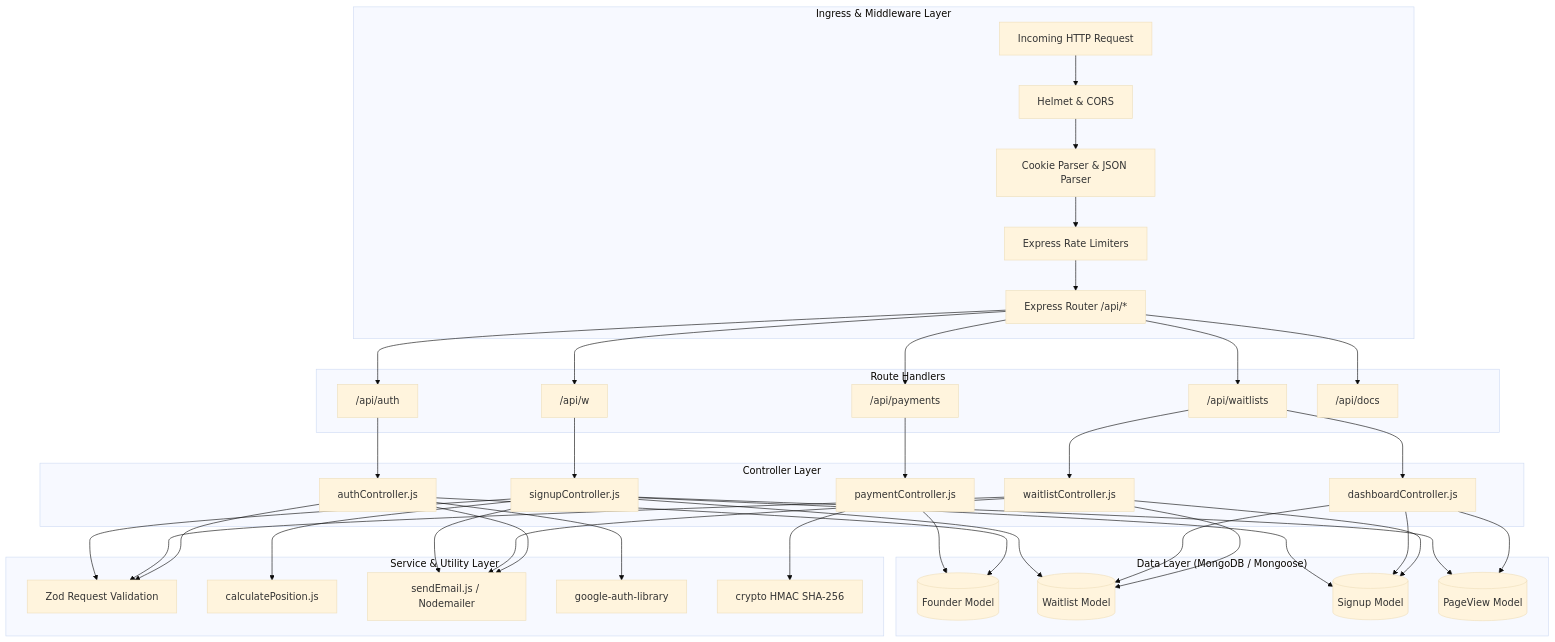
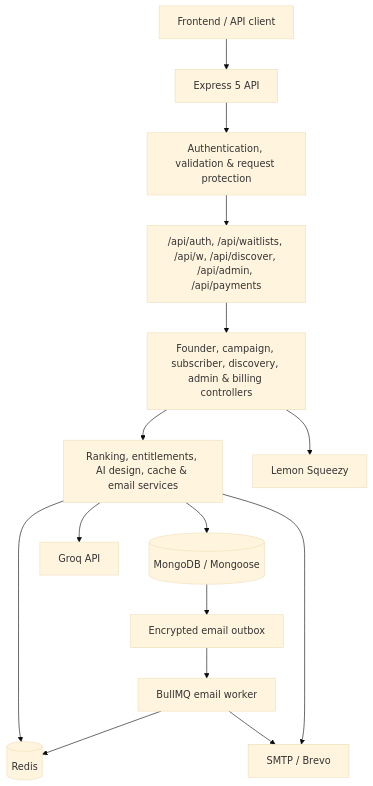
Before and after one commit to codeWith-Ashwani/launchqueue-backend: the diagram in README.md, drawn with Mermaid (base theme). The commit also changed other lines of this file, not shown here.

````diff
--- a/README.md
+++ b/README.md
@@ -78,46 +61,17 @@
 ```mermaid
 flowchart TD
-    subgraph Ingress ["Ingress & Middleware Layer"]
-        REQ["Incoming HTTP Request"] --> SEC["Helmet & CORS"]
-        SEC --> COOKIE["Cookie Parser & JSON Parser"]
-        COOKIE --> RATE["Express Rate Limiters"]
-        RATE --> ROUTER["Express Router /api/*"]
-    end
-
-    subgraph Routes ["Route Handlers"]
-        ROUTER --> R_AUTH["/api/auth"]
-        ROUTER --> R_WAITLIST["/api/waitlists"]
-        ROUTER --> R_SIGNUP["/api/w"]
-        ROUTER --> R_PAYMENT["/api/payments"]
-        ROUTER --> R_DOCS["/api/docs"]
-    end
-
-    subgraph Controllers ["Controller Layer"]
-        R_AUTH --> C_AUTH["authController.js"]
-        R_WAITLIST --> C_WAITLIST["waitlistController.js"]
-        R_WAITLIST --> C_DASH["dashboardController.js"]
-        R_SIGNUP --> C_SIGNUP["signupController.js"]
-        R_PAYMENT --> C_PAYMENT["paymentController.js"]
-    end
-
-    subgraph Services ["Service & Utility Layer"]
-        VAL["Zod Request Validation"]
-        POS["calculatePosition.js"]
-        MAIL["sendEmail.js / Nodemailer"]
-        GOOGLE["google-auth-library"]
-        HMAC["crypto HMAC SHA-256"]
-    end
-
-    subgraph Database ["Data Layer (MongoDB / Mongoose)"]
-        M_FOUNDER[("Founder Model")]
-        M_WAITLIST[("Waitlist Model")]
-        M_SIGNUP[("Signup Model")]
-        M_PAGEVIEW[("PageView Model")]
-    end
-
-    C_AUTH --> VAL & GOOGLE & M_FOUNDER & MAIL
-    C_WAITLIST --> VAL & M_WAITLIST & M_SIGNUP & MAIL
-    C_DASH --> M_WAITLIST & M_SIGNUP & M_PAGEVIEW
-    C_SIGNUP --> VAL & POS & M_WAITLIST & M_SIGNUP & M_PAGEVIEW & MAIL
-    C_PAYMENT --> HMAC & M_FOUNDER
+    CLIENT["Frontend / API client"] --> API["Express 5 API"]
+    API --> AUTH["Authentication, validation & request protection"]
+    AUTH --> ROUTES["/api/auth, /api/waitlists, /api/w, /api/discover, /api/admin, /api/payments"]
+    ROUTES --> CONTROLLERS["Founder, campaign, subscriber, discovery, admin & billing controllers"]
+    CONTROLLERS --> SERVICES["Ranking, entitlements, AI design, cache & email services"]
+    SERVICES --> MONGO[("MongoDB / Mongoose")]
+    SERVICES --> REDIS[("Redis")]
+    SERVICES --> GROQ["Groq API"]
+    CONTROLLERS --> BILLING["Lemon Squeezy"]
+    MONGO --> OUTBOX["Encrypted email outbox"]
+    OUTBOX --> WORKER["BullMQ email worker"]
+    WORKER --> REDIS
+    WORKER --> EMAIL["SMTP / Brevo"]
+    SERVICES --> EMAIL
 ```
````
